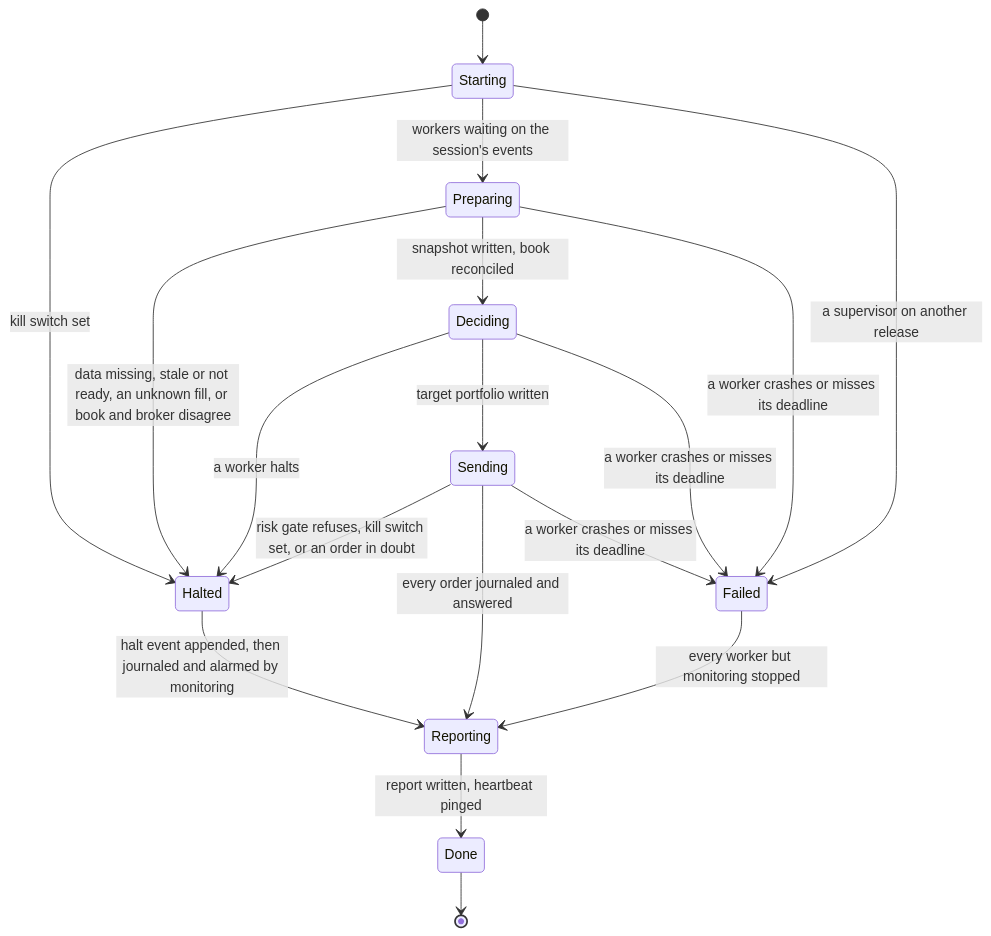
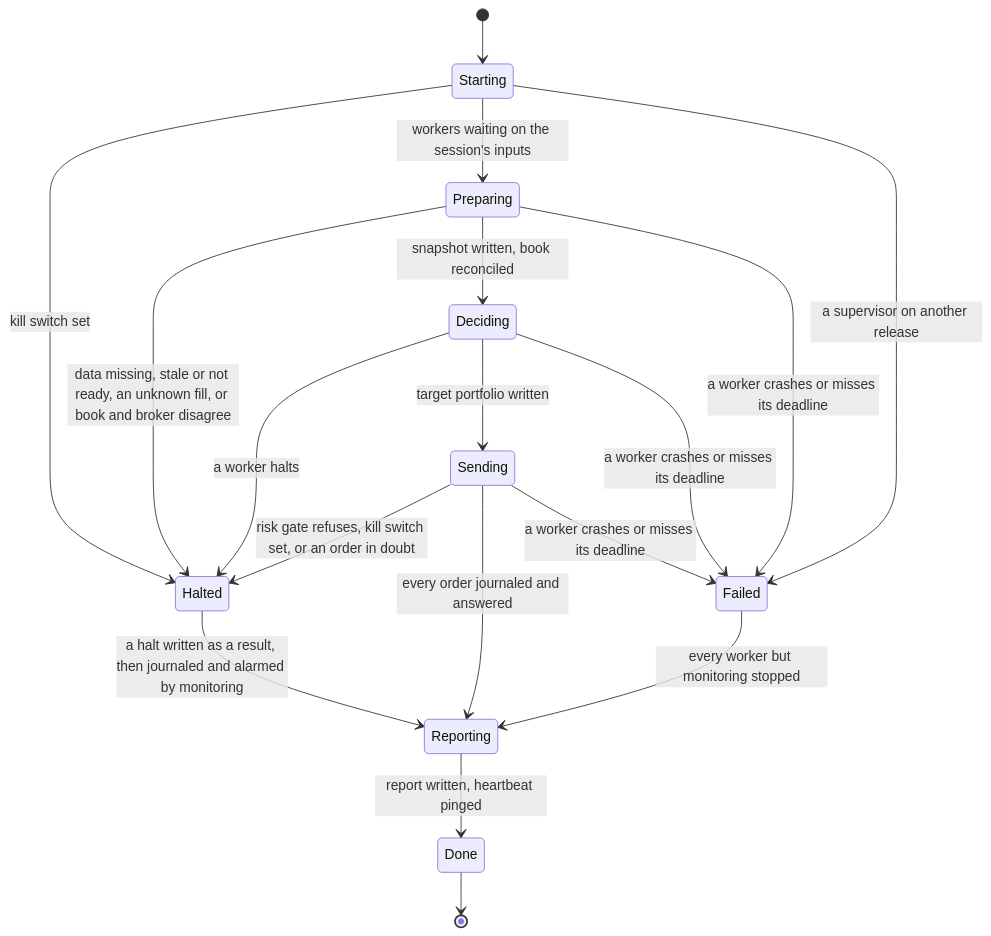
Diagram 13 of 16 in docs/architecture.md (l3a0/ithildin-runtime), drawn with Mermaid before and after one commit. The commit also changed other lines of this file and 1 other file, not shown here.

````diff
--- a/docs/architecture.md
+++ b/docs/architecture.md
@@ -1198,20 +1209,20 @@
 ```mermaid
 stateDiagram-v2
     [*] --> Starting
     Starting --> Halted: kill switch set
-    Starting --> Preparing: workers waiting on the session's events
+    Starting --> Preparing: workers waiting on the session's inputs
     Preparing --> Halted: data missing, stale or not ready, an unknown fill, or book and broker disagree
     Preparing --> Deciding: snapshot written, book reconciled
     Deciding --> Halted: a worker halts
     Deciding --> Sending: target portfolio written
     Sending --> Halted: risk gate refuses, kill switch set, or an order in doubt
     Sending --> Reporting: every order journaled and answered
-    Halted --> Reporting: halt event appended, then journaled and alarmed by monitoring
+    Halted --> Reporting: a halt written as a result, then journaled and alarmed by monitoring
     Reporting --> Done: report written, heartbeat pinged
     Done --> [*]
     Starting --> Failed: a supervisor on another release
     Preparing --> Failed: a worker crashes or misses its deadline
     Deciding --> Failed: a worker crashes or misses its deadline
     Sending --> Failed: a worker crashes or misses its deadline
     Failed --> Reporting: every worker but monitoring stopped
 ```
````
